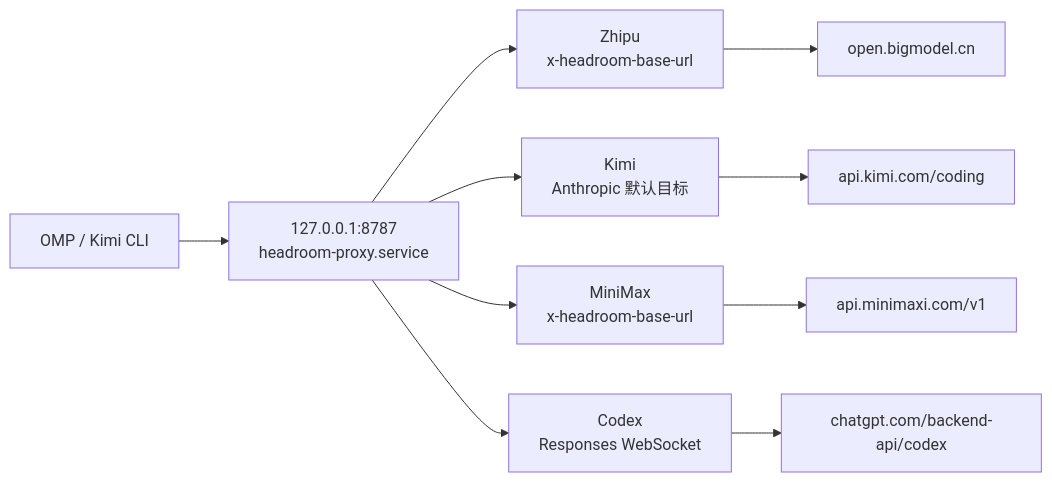
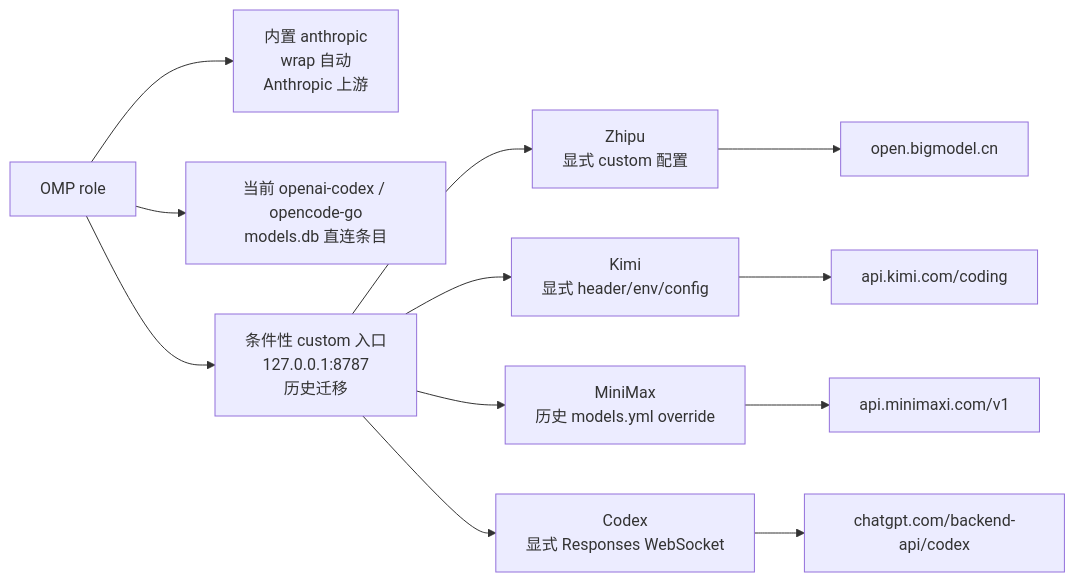
The diagram in src/content/note/zh-cn/headroom-single-port-evolution.md (DavidHLP/DavidHLP.github.io), drawn with Mermaid before and after one commit. The commit also changed other lines of this file and 8 other files, not shown here.

First line of the commit message:
docs(note): reframe headroom/omp guides around official wrap-only path

````diff
--- a/src/content/note/zh-cn/headroom-single-port-evolution.md
+++ b/src/content/note/zh-cn/headroom-single-port-evolution.md
@@ -47,12 +69,14 @@
 ```mermaid
 flowchart LR
-  A["OMP / Kimi CLI"] --> H["127.0.0.1:8787<br/>headroom-proxy.service"]
-  H --> Z["Zhipu<br/>x-headroom-base-url"]
-  H --> K["Kimi<br/>Anthropic 默认目标"]
-  H --> M["MiniMax<br/>x-headroom-base-url"]
-  H --> C["Codex<br/>Responses WebSocket"]
+  A["OMP role"] --> AN["内置 anthropic<br/>wrap 自动<br/>Anthropic 上游"]
+  A --> D["当前 openai-codex / opencode-go<br/>models.db 直连条目"]
+  A --> H["条件性 custom 入口<br/>127.0.0.1:8787<br/>历史迁移"]
+  H --> Z["Zhipu<br/>显式 custom 配置"]
+  H --> K["Kimi<br/>显式 header/env/config"]
+  H --> M["MiniMax<br/>历史 models.yml override"]
+  H --> C["Codex<br/>显式 Responses WebSocket"]
   Z --> ZU["open.bigmodel.cn"]
   K --> KU["api.kimi.com/coding"]
   M --> MU["api.minimaxi.com/v1"]
   C --> CU["chatgpt.com/backend-api/codex"]
 ```
````
